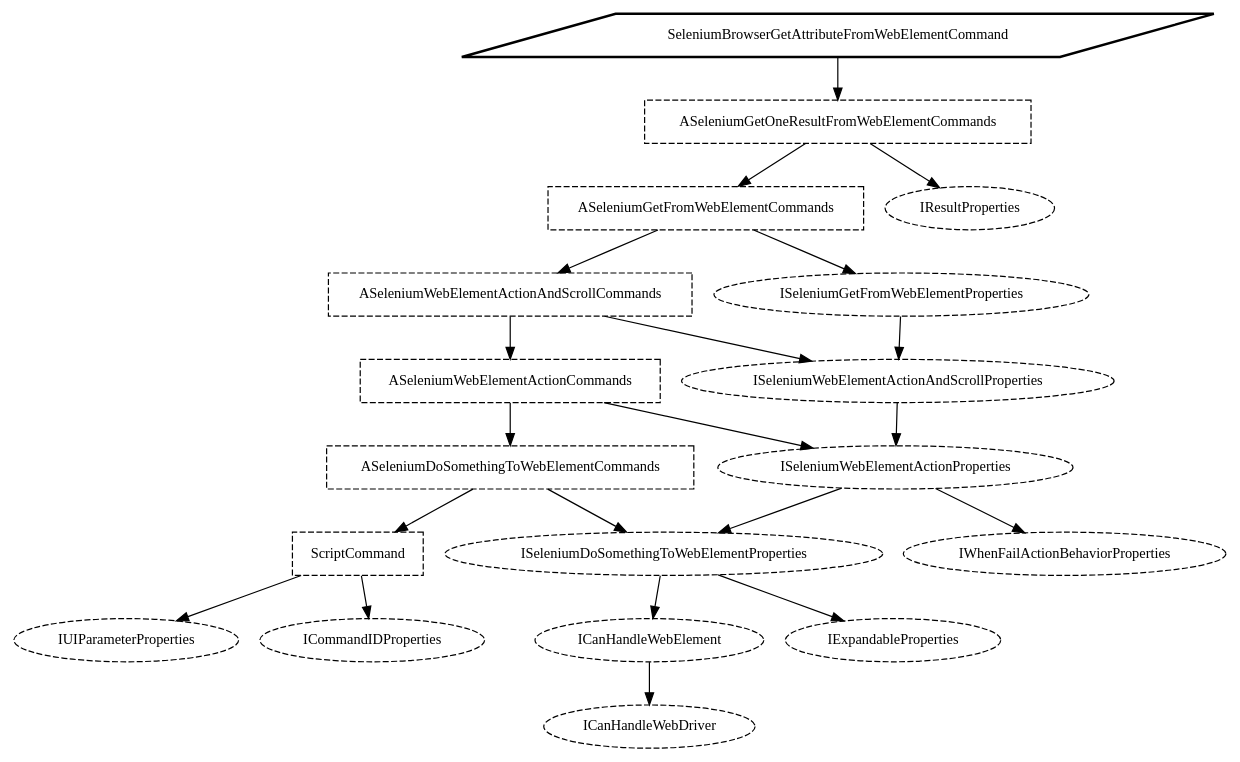
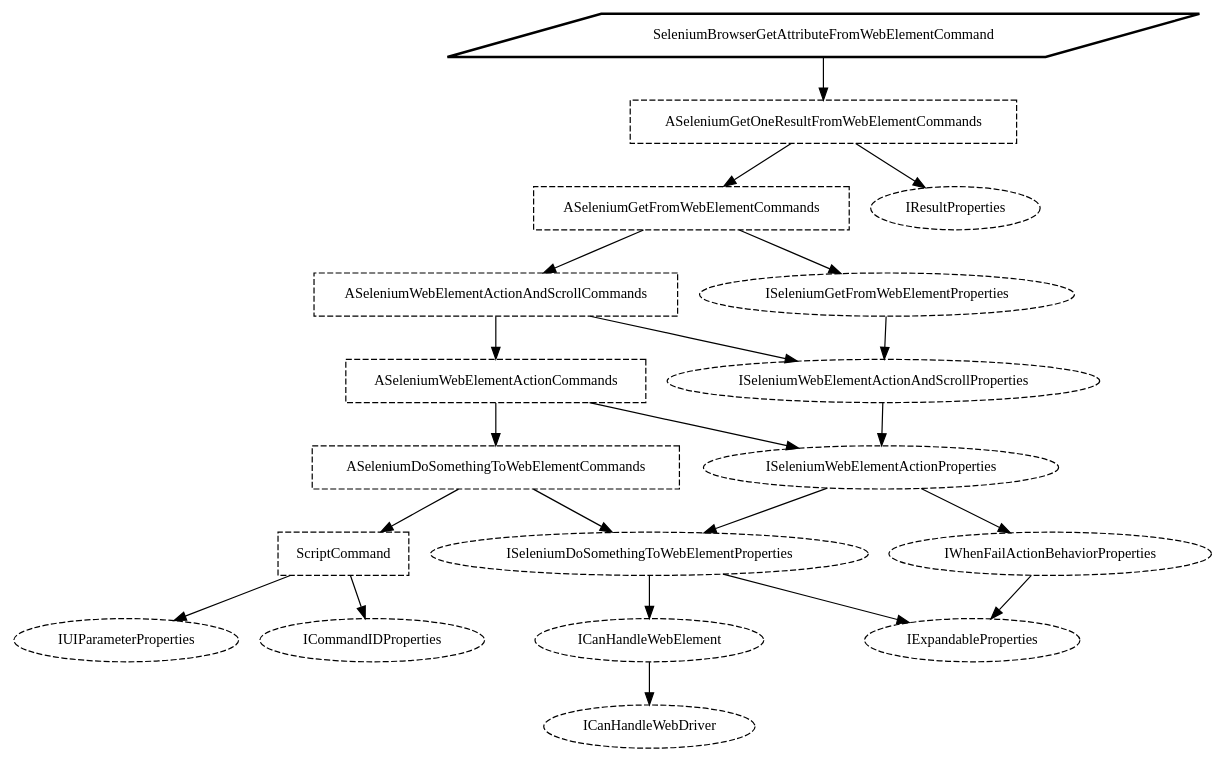
The diagram in taskt/Core/Automation/Commands/WebBrowserGroup/SeleniumBrowserGetAttributeFromWebElementCommand.dot (saucepleez/taskt), drawn with Graphviz before and after one commit. The commit also changed 256 other files, not shown here.

```diff
--- a/taskt/Core/Automation/Commands/WebBrowserGroup/SeleniumBrowserGetAttributeFromWebElementCommand.dot
+++ b/taskt/Core/Automation/Commands/WebBrowserGroup/SeleniumBrowserGetAttributeFromWebElementCommand.dot
@@ -1,48 +1,49 @@
 digraph "taskt.Core.Automation.Commands.SeleniumBrowserGetAttributeFromWebElementCommand" {
     rankdir="TB";
     node [
         shape="box",
         fontname="Meiryo UI",
         fontsize="12pt"
     ];
 
 "taskt.Core.Automation.Commands.SeleniumBrowserGetAttributeFromWebElementCommand" [ label="SeleniumBrowserGetAttributeFromWebElementCommand", shape="parallelogram", style="bold", ];
 "taskt.Core.Automation.Commands.WebBrowserGroup.ASeleniumGetOneResultFromWebElementCommands" [ label="ASeleniumGetOneResultFromWebElementCommands", style="dashed", ];
 "taskt.Core.Automation.Commands.WebBrowserGroup.ASeleniumGetFromWebElementCommands" [ label="ASeleniumGetFromWebElementCommands", style="dashed", ];
 "taskt.Core.Automation.Commands.IResultProperties" [ label="IResultProperties", shape="ellipse", style="dashed", ];
 "taskt.Core.Automation.Commands.WebBrowserGroup.ASeleniumWebElementActionAndScrollCommands" [ label="ASeleniumWebElementActionAndScrollCommands", style="dashed", ];
 "taskt.Core.Automation.Commands.WebBrowserGroup.ISeleniumGetFromWebElementProperties" [ label="ISeleniumGetFromWebElementProperties", shape="ellipse", style="dashed", ];
 "taskt.Core.Automation.Commands.WebBrowserGroup.ASeleniumWebElementActionCommands" [ label="ASeleniumWebElementActionCommands", style="dashed", ];
 "taskt.Core.Automation.Commands.WebBrowserGroup.ISeleniumWebElementActionAndScrollProperties" [ label="ISeleniumWebElementActionAndScrollProperties", shape="ellipse", style="dashed", ];
 "taskt.Core.Automation.Commands.WebBrowserGroup.ASeleniumDoSomethingToWebElementCommands" [ label="ASeleniumDoSomethingToWebElementCommands", style="dashed", ];
 "taskt.Core.Automation.Commands.WebBrowserGroup.ISeleniumWebElementActionProperties" [ label="ISeleniumWebElementActionProperties", shape="ellipse", style="dashed", ];
 "taskt.Core.Automation.Commands.ScriptCommand" [ label="ScriptCommand", style="dashed", ];
 "taskt.Core.Automation.Commands.WebBrowserGroup.ISeleniumDoSomethingToWebElementProperties" [ label="ISeleniumDoSomethingToWebElementProperties", shape="ellipse", style="dashed", ];
 "taskt.Core.Automation.Commands.IWhenFailActionBehaviorProperties" [ label="IWhenFailActionBehaviorProperties", shape="ellipse", style="dashed", ];
 "taskt.Core.Automation.Commands.IUIParameterProperties" [ label="IUIParameterProperties", shape="ellipse", style="dashed", ];
 "taskt.Core.Automation.Commands.ICommandIDProperties" [ label="ICommandIDProperties", shape="ellipse", style="dashed", ];
 "taskt.Core.Automation.Commands.WebBrowserGroup.ICanHandleWebElement" [ label="ICanHandleWebElement", shape="ellipse", style="dashed", ];
 "taskt.Core.Automation.Commands.IExpandableProperties" [ label="IExpandableProperties", shape="ellipse", style="dashed", ];
 "taskt.Core.Automation.Commands.WebBrowserGroup.ICanHandleWebDriver" [ label="ICanHandleWebDriver", shape="ellipse", style="dashed", ];
 
 "taskt.Core.Automation.Commands.SeleniumBrowserGetAttributeFromWebElementCommand" -> "taskt.Core.Automation.Commands.WebBrowserGroup.ASeleniumGetOneResultFromWebElementCommands";
 "taskt.Core.Automation.Commands.WebBrowserGroup.ASeleniumGetOneResultFromWebElementCommands" -> "taskt.Core.Automation.Commands.WebBrowserGroup.ASeleniumGetFromWebElementCommands";
 "taskt.Core.Automation.Commands.WebBrowserGroup.ASeleniumGetOneResultFromWebElementCommands" -> "taskt.Core.Automation.Commands.IResultProperties";
 "taskt.Core.Automation.Commands.WebBrowserGroup.ASeleniumGetFromWebElementCommands" -> "taskt.Core.Automation.Commands.WebBrowserGroup.ASeleniumWebElementActionAndScrollCommands";
 "taskt.Core.Automation.Commands.WebBrowserGroup.ASeleniumGetFromWebElementCommands" -> "taskt.Core.Automation.Commands.WebBrowserGroup.ISeleniumGetFromWebElementProperties";
 "taskt.Core.Automation.Commands.WebBrowserGroup.ASeleniumWebElementActionAndScrollCommands" -> "taskt.Core.Automation.Commands.WebBrowserGroup.ASeleniumWebElementActionCommands";
 "taskt.Core.Automation.Commands.WebBrowserGroup.ASeleniumWebElementActionAndScrollCommands" -> "taskt.Core.Automation.Commands.WebBrowserGroup.ISeleniumWebElementActionAndScrollProperties";
 "taskt.Core.Automation.Commands.WebBrowserGroup.ISeleniumGetFromWebElementProperties" -> "taskt.Core.Automation.Commands.WebBrowserGroup.ISeleniumWebElementActionAndScrollProperties";
 "taskt.Core.Automation.Commands.WebBrowserGroup.ASeleniumWebElementActionCommands" -> "taskt.Core.Automation.Commands.WebBrowserGroup.ASeleniumDoSomethingToWebElementCommands";
 "taskt.Core.Automation.Commands.WebBrowserGroup.ASeleniumWebElementActionCommands" -> "taskt.Core.Automation.Commands.WebBrowserGroup.ISeleniumWebElementActionProperties";
 "taskt.Core.Automation.Commands.WebBrowserGroup.ISeleniumWebElementActionAndScrollProperties" -> "taskt.Core.Automation.Commands.WebBrowserGroup.ISeleniumWebElementActionProperties";
 "taskt.Core.Automation.Commands.WebBrowserGroup.ASeleniumDoSomethingToWebElementCommands" -> "taskt.Core.Automation.Commands.ScriptCommand";
 "taskt.Core.Automation.Commands.WebBrowserGroup.ASeleniumDoSomethingToWebElementCommands" -> "taskt.Core.Automation.Commands.WebBrowserGroup.ISeleniumDoSomethingToWebElementProperties";
 "taskt.Core.Automation.Commands.WebBrowserGroup.ISeleniumWebElementActionProperties" -> "taskt.Core.Automation.Commands.WebBrowserGroup.ISeleniumDoSomethingToWebElementProperties";
 "taskt.Core.Automation.Commands.WebBrowserGroup.ISeleniumWebElementActionProperties" -> "taskt.Core.Automation.Commands.IWhenFailActionBehaviorProperties";
 "taskt.Core.Automation.Commands.ScriptCommand" -> "taskt.Core.Automation.Commands.IUIParameterProperties";
 "taskt.Core.Automation.Commands.ScriptCommand" -> "taskt.Core.Automation.Commands.ICommandIDProperties";
 "taskt.Core.Automation.Commands.WebBrowserGroup.ISeleniumDoSomethingToWebElementProperties" -> "taskt.Core.Automation.Commands.WebBrowserGroup.ICanHandleWebElement";
 "taskt.Core.Automation.Commands.WebBrowserGroup.ISeleniumDoSomethingToWebElementProperties" -> "taskt.Core.Automation.Commands.IExpandableProperties";
+"taskt.Core.Automation.Commands.IWhenFailActionBehaviorProperties" -> "taskt.Core.Automation.Commands.IExpandableProperties";
 "taskt.Core.Automation.Commands.WebBrowserGroup.ICanHandleWebElement" -> "taskt.Core.Automation.Commands.WebBrowserGroup.ICanHandleWebDriver";
 }
```
